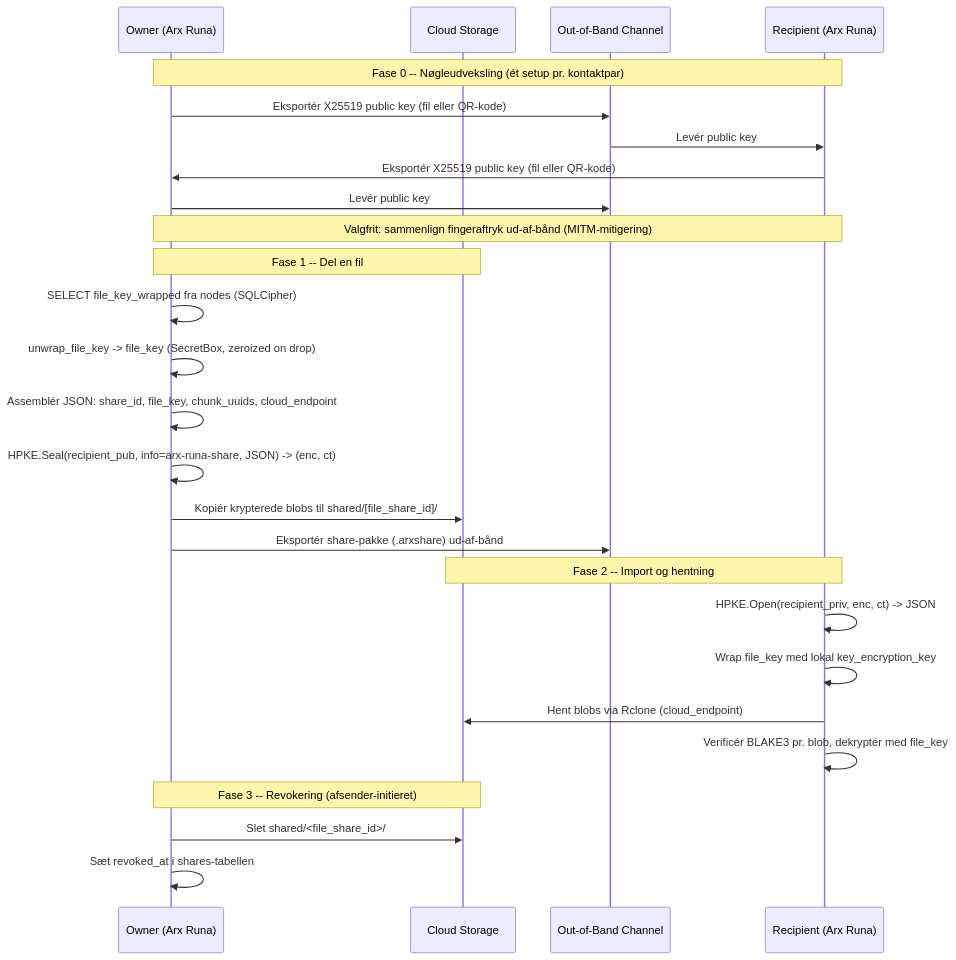
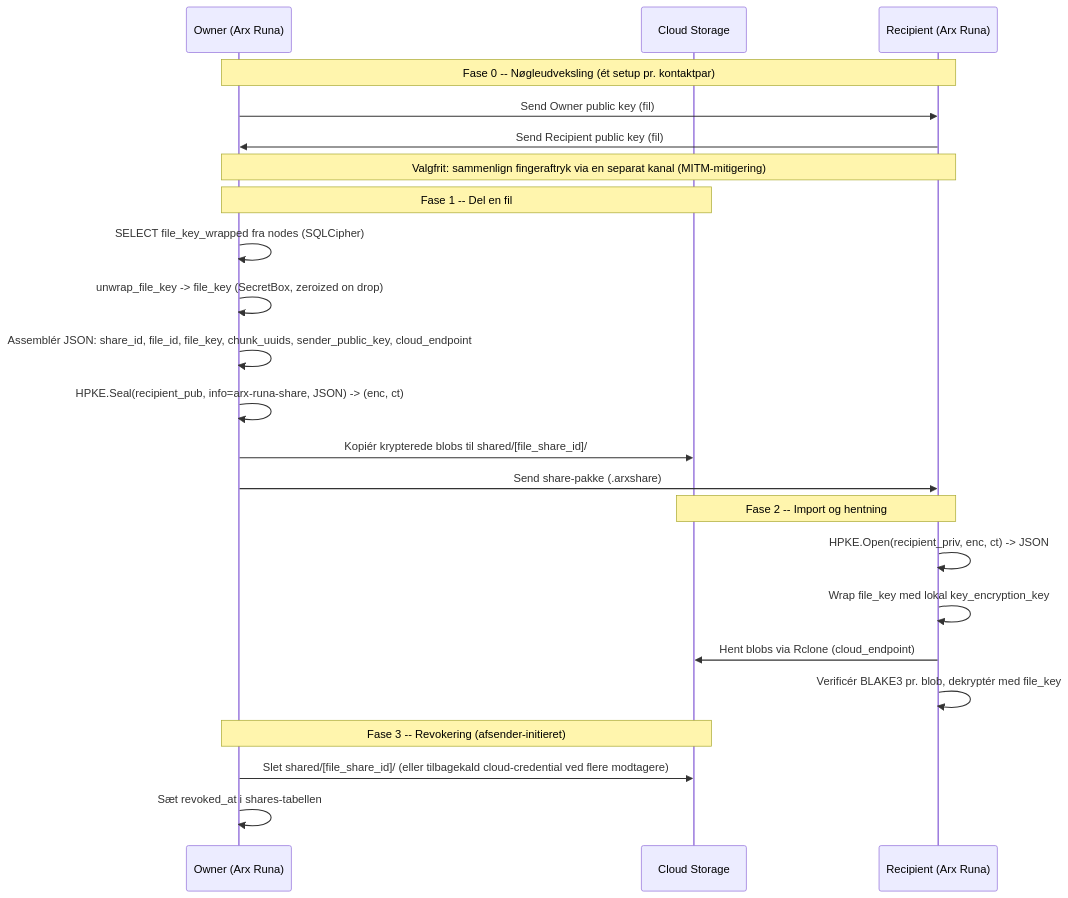
One commit to salgaard/arx-runa changed diagram 12 of 12 in docs/report/arx-runa-bachelorrapport.md. Above: the diagram before and after it, drawn with Mermaid. The commit also changed other lines of this file and 7 other files, not shown here.

````diff
--- a/docs/report/arx-runa-bachelorrapport.md
+++ b/docs/report/arx-runa-bachelorrapport.md
@@ -1302,32 +1302,29 @@
 ```mermaid
 sequenceDiagram
     participant Owner as Owner (Arx Runa)
     participant Cloud as Cloud Storage
-    participant Channel as Out-of-Band Channel
     participant Recipient as Recipient (Arx Runa)
 
     note over Owner,Recipient: Fase 0 #45;#45; Nøgleudveksling (ét setup pr. kontaktpar)
-    Owner->>Channel: Eksportér X25519 public key (fil eller QR-kode)
-    Channel->>Recipient: Levér public key
-    Recipient->>Owner: Eksportér X25519 public key (fil eller QR-kode)
-    Owner->>Channel: Levér public key
-    note over Owner,Recipient: Valgfrit#58; sammenlign fingeraftryk ud-af-bånd (MITM-mitigering)
+    Owner->>Recipient: Send Owner public key (fil)
+    Recipient->>Owner: Send Recipient public key (fil)
+    note over Owner,Recipient: Valgfrit#58; sammenlign fingeraftryk via en separat kanal (MITM-mitigering)
 
     note over Owner,Cloud: Fase 1 #45;#45; Del en fil
     Owner->>Owner: SELECT file_key_wrapped fra nodes (SQLCipher)
     Owner->>Owner: unwrap_file_key #45;#62; file_key (SecretBox, zeroized on drop)
-    Owner->>Owner: Assemblér JSON#58; share_id, file_key, chunk_uuids, cloud_endpoint
+    Owner->>Owner: Assemblér JSON#58; share_id, file_id, file_key, chunk_uuids, sender_public_key, cloud_endpoint
     Owner->>Owner: HPKE.Seal(recipient_pub, info=arx-runa-share, JSON) #45;#62; (enc, ct)
     Owner->>Cloud: Kopiér krypterede blobs til shared/[file_share_id]/
-    Owner->>Channel: Eksportér share-pakke (.arxshare) ud-af-bånd
+    Owner->>Recipient: Send share-pakke (.arxshare)
 
     note over Recipient,Cloud: Fase 2 #45;#45; Import og hentning
     Recipient->>Recipient: HPKE.Open(recipient_priv, enc, ct) #45;#62; JSON
     Recipient->>Recipient: Wrap file_key med lokal key_encryption_key
     Recipient->>Cloud: Hent blobs via Rclone (cloud_endpoint)
     Recipient->>Recipient: Verificér BLAKE3 pr. blob, dekryptér med file_key
 
     note over Owner,Cloud: Fase 3 #45;#45; Revokering (afsender-initieret)
-    Owner->>Cloud: Slet shared/#60;file_share_id#62;/
+    Owner->>Cloud: Slet shared/[file_share_id]/ (eller tilbagekald cloud-credential ved flere modtagere)
     Owner->>Owner: Sæt revoked_at i shares-tabellen
 ```
````
